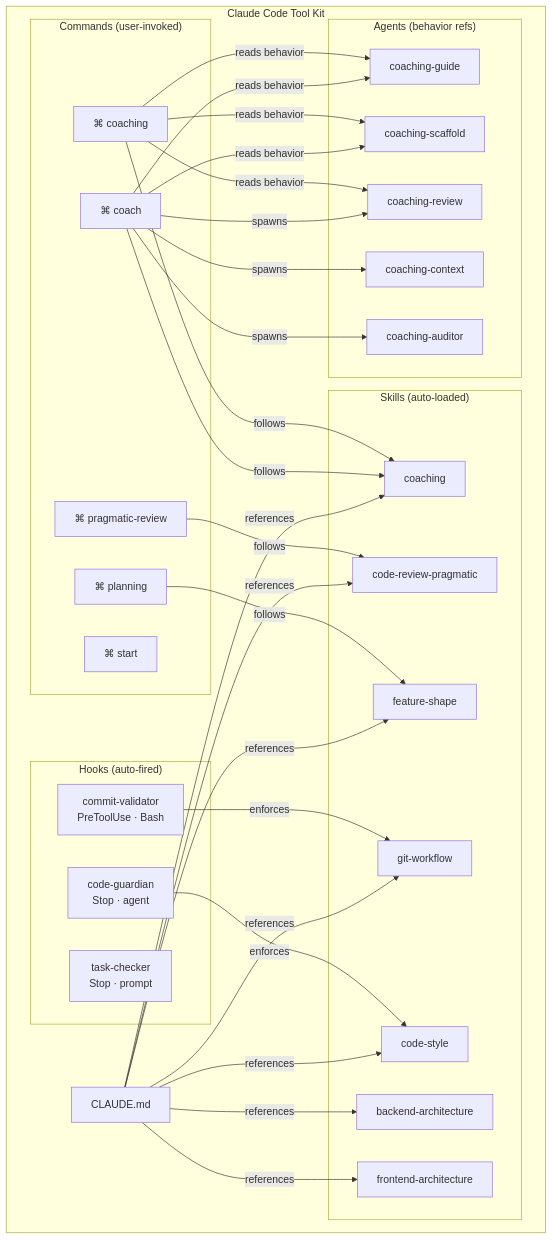
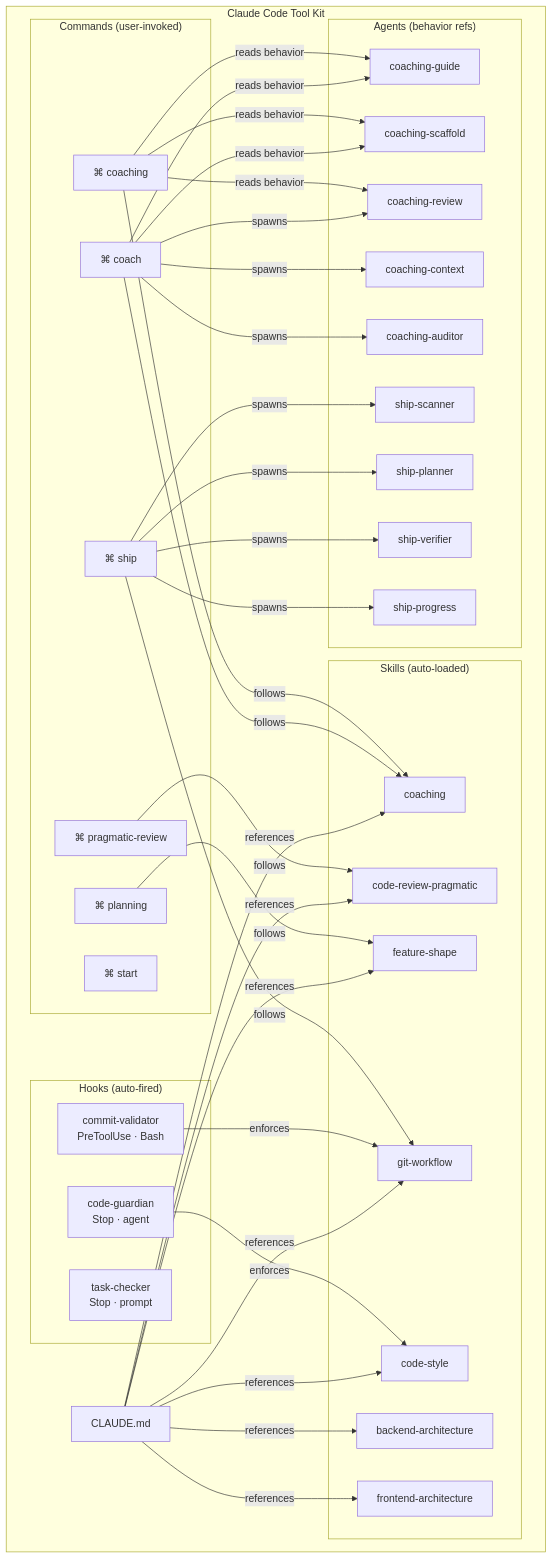
Before and after one commit to TituxMetal/claude-code-tool-kit: the first of 2 diagrams in README.md, drawn with Mermaid. The commit also changed other lines of this file and 2 other files, not shown here.

First line of the commit message:
feat(shipping): integrate ship pipeline into install, docs, and config

````diff
--- a/README.md
+++ b/README.md
@@ -86,57 +96,68 @@
 ```mermaid
 graph TB
     subgraph "Claude Code Tool Kit"
         subgraph "Skills (auto-loaded)"
             S1[backend-architecture]
             S2[frontend-architecture]
             S3[code-style]
             S4[git-workflow]
             S5[coaching]
             S6[feature-shape]
             S7[code-review-pragmatic]
         end
 
         subgraph "Commands (user-invoked)"
             C1["⌘ start"]
             C2["⌘ planning"]
             C3["⌘ coaching"]
             C4["⌘ pragmatic-review"]
             C5["⌘ coach"]
+            C6["⌘ ship"]
         end
 
         subgraph "Agents (behavior refs)"
             A1[coaching-guide]
             A2[coaching-scaffold]
             A3[coaching-review]
             A4[coaching-context]
             A5[coaching-auditor]
+            A6[ship-scanner]
+            A7[ship-planner]
+            A8[ship-verifier]
+            A9[ship-progress]
         end
 
         subgraph "Hooks (auto-fired)"
             H1["commit-validator<br/>PreToolUse · Bash"]
             H2["task-checker<br/>Stop · prompt"]
             H3["code-guardian<br/>Stop · agent"]
         end
 
         CFG[CLAUDE.md]
     end
 
     C3 -->|"reads behavior"| A1
     C3 -->|"reads behavior"| A2
     C3 -->|"reads behavior"| A3
     C3 -->|"follows"| S5
     C4 -->|"follows"| S7
     C2 -->|"follows"| S6
 
     C5 -->|"spawns"| A4
     C5 -->|"reads behavior"| A1
     C5 -->|"reads behavior"| A2
     C5 -->|"spawns"| A3
     C5 -->|"spawns"| A5
     C5 -->|"follows"| S5
 
+    C6 -->|"spawns"| A6
+    C6 -->|"spawns"| A7
+    C6 -->|"spawns"| A8
+    C6 -->|"spawns"| A9
+    C6 -->|"follows"| S4
+
     H1 -->|"enforces"| S4
     H3 -->|"enforces"| S3
 
     CFG -->|"references"| S1 & S2 & S3 & S4 & S5 & S6 & S7
 ```
````
